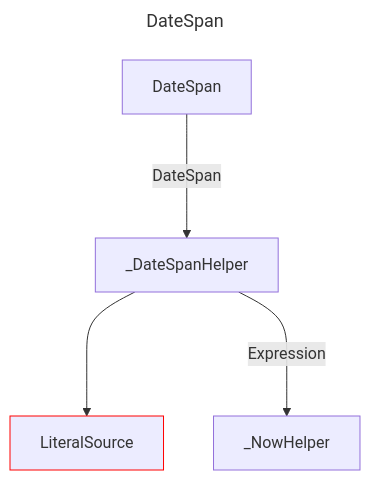
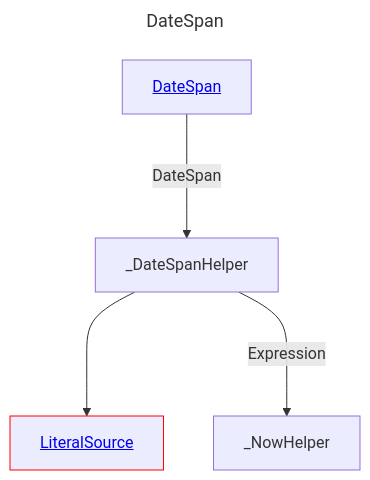
One commit to douglassimonsen/pbi_core changed the diagram in docs/docs/layout/erd/DateSpan.md. Above: the diagram before and after it, drawn with Mermaid. The commit also changed 76 other files, not shown here.

````diff
--- a/docs/docs/layout/erd/DateSpan.md
+++ b/docs/docs/layout/erd/DateSpan.md
@@ -1,14 +1,14 @@
 ```mermaid
 ---
 title: DateSpan
 ---
 graph 
-2430071851920["_DateSpanHelper"]
-2430071852896["DateSpan"]
-2430071856800["_NowHelper"]
-2430071816784["LiteralSource"]
-style 2430071816784 stroke:#ff0000,stroke-width:1px
-2430071851920 ---> 2430071816784
-2430071851920 --->|Expression| 2430071856800
-2430071852896 --->|DateSpan| 2430071851920
+DateSpan[<a href='/layout/erd/DateSpan'>DateSpan</a>]
+LiteralSource[<a href='/layout/erd/LiteralSource'>LiteralSource</a>]
+style LiteralSource stroke:#ff0000,stroke-width:1px
+_DateSpanHelper[_DateSpanHelper]
+_NowHelper[_NowHelper]
+DateSpan --->|DateSpan| _DateSpanHelper
+_DateSpanHelper ---> LiteralSource
+_DateSpanHelper --->|Expression| _NowHelper
 ```
````
